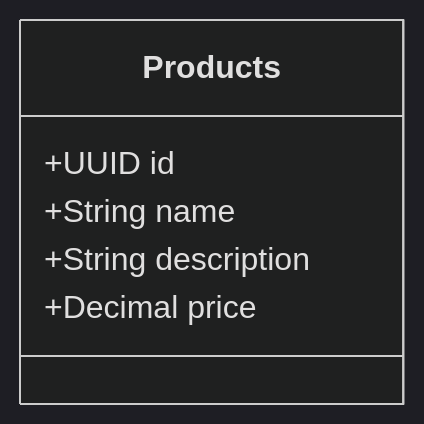
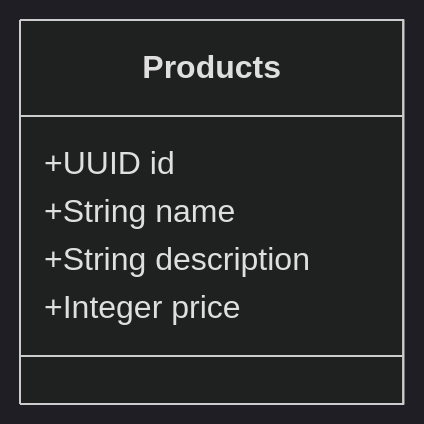
The first of 7 diagrams in README.md (fejes99/OrderManagementSystem), drawn with Mermaid (dark theme) before and after one commit. The commit also changed other lines of this file and 40 other files, not shown here.

````diff
--- a/README.md
+++ b/README.md
@@ -20,9 +21,9 @@
   ```mermaid
   classDiagram
       class Products {
           +UUID id
           +String name
           +String description
-          +Decimal price
+          +Integer price
       }
   ```
````
